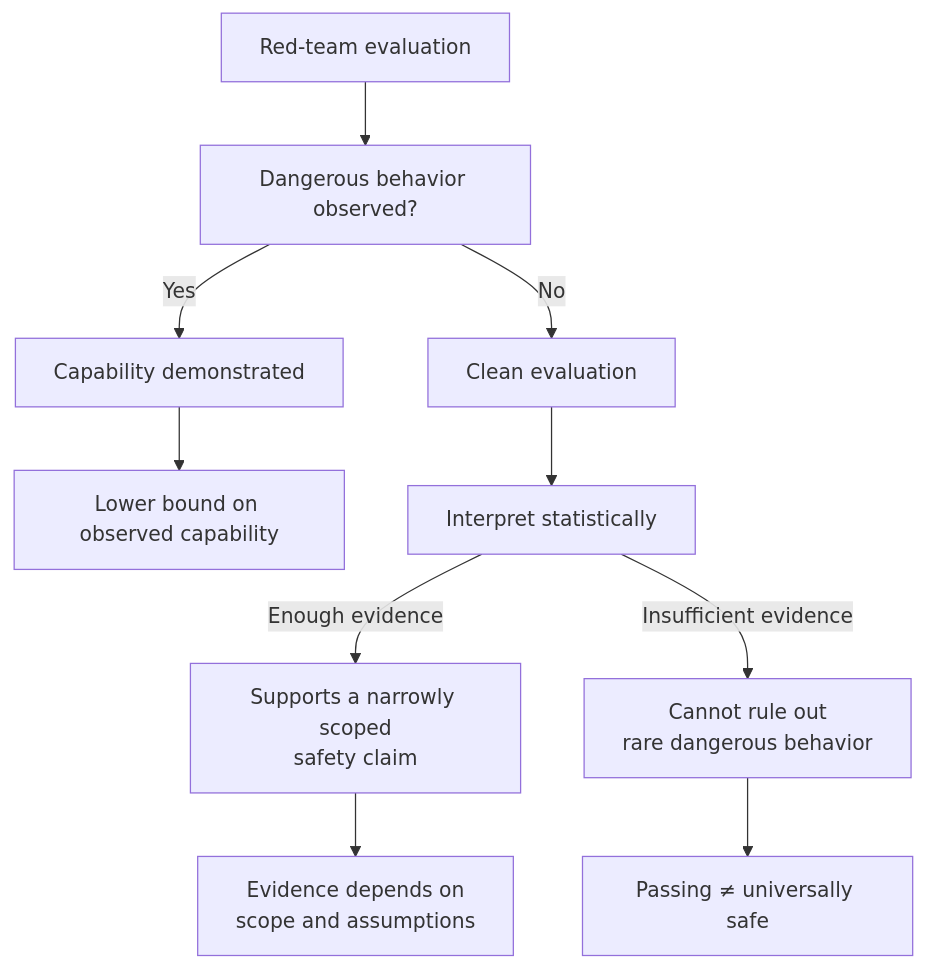
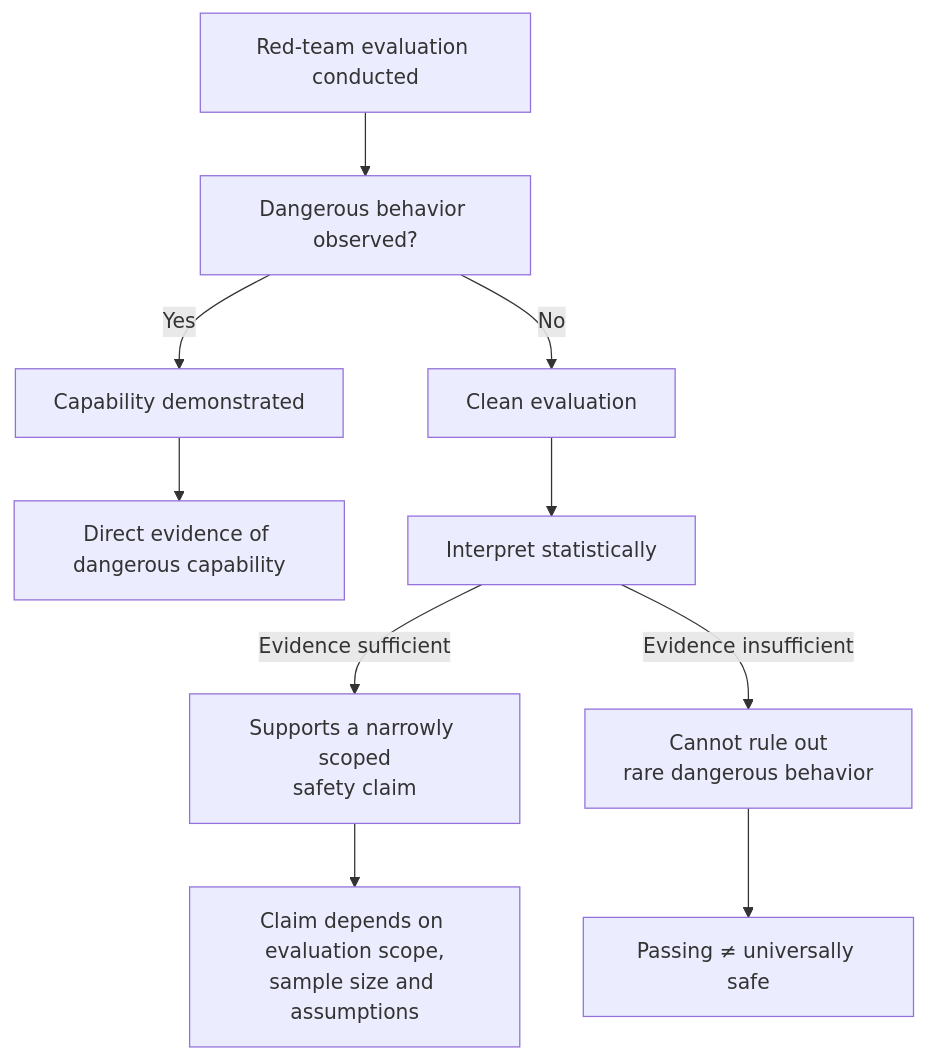
The diagram in posts/the-proof-that-red-teaming-cannot-certify-safety-and-why-the.md (minwu-ai/minwu-ai.github.io), drawn with Mermaid before and after one commit. The commit also changed other lines of this file, not shown here.

````diff
--- a/posts/the-proof-that-red-teaming-cannot-certify-safety-and-why-the.md
+++ b/posts/the-proof-that-red-teaming-cannot-certify-safety-and-why-the.md
@@ -77,19 +81,19 @@
 ```mermaid
 flowchart TD
-    A["Red-team evaluation"] --> B["Dangerous behavior observed?"]
+    A["Red-team evaluation conducted"] --> B["Dangerous behavior observed?"]
 
     B -->|"Yes"| C["Capability demonstrated"]
-    C --> D["Lower bound on observed capability"]
+    C --> D["Direct evidence of dangerous capability"]
 
     B -->|"No"| E["Clean evaluation"]
 
     E --> F["Interpret statistically"]
 
-    F -->|"Enough evidence"| G["Supports a narrowly scoped<br/>safety claim"]
+    F -->|"Evidence sufficient"| G["Supports a narrowly scoped<br/>safety claim"]
 
-    F -->|"Insufficient evidence"| H["Cannot rule out<br/>rare dangerous behavior"]
+    F -->|"Evidence insufficient"| H["Cannot rule out<br/>rare dangerous behavior"]
 
-    G --> I["Evidence depends on<br/>scope and assumptions"]
+    G --> I["Claim depends on evaluation scope,<br/>sample size and assumptions"]
 
     H --> J["Passing ≠ universally safe"]
 ```
````
